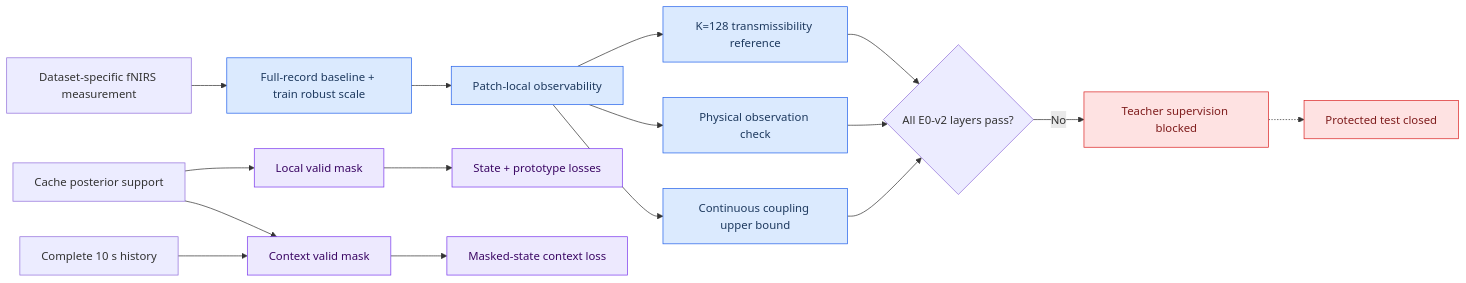
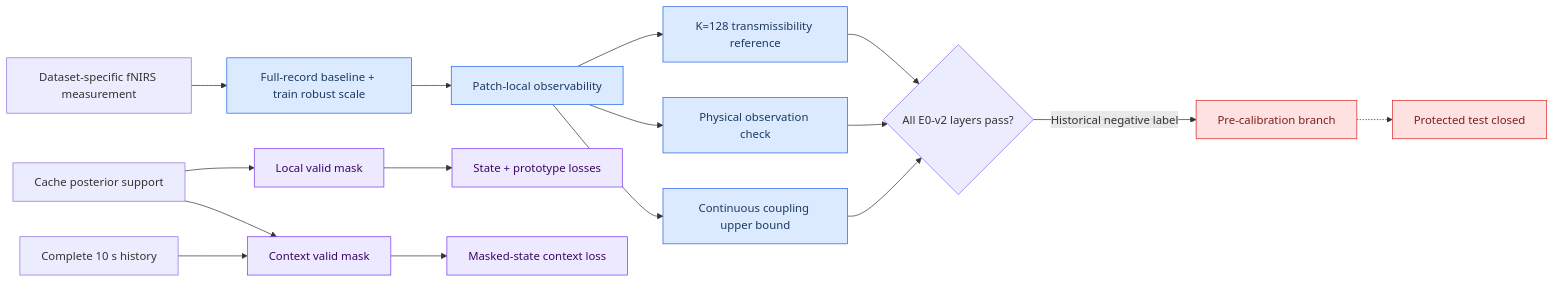
One commit to Kevin65536/PID-MCM changed the diagram in docs/architecture_changelog/2026-07-03_e0_v2_teacher_information_contract.md. Above: the diagram before and after it, drawn with Mermaid. The commit also changed other lines of this file and 30 other files, not shown here.

````diff
--- a/docs/architecture_changelog/2026-07-03_e0_v2_teacher_information_contract.md
+++ b/docs/architecture_changelog/2026-07-03_e0_v2_teacher_information_contract.md
@@ -13,28 +13,28 @@
 ```mermaid
 flowchart LR
     accTitle: E0-v2 teacher information routing
     accDescr: Dataset measurements are transformed by versioned adapters. Cache validity controls local targets, while cache and causal validity jointly control context targets. Every information layer is numerically and visually audited before the protected test.
 
     raw["Dataset-specific fNIRS measurement"] --> adapter["Full-record baseline + train robust scale"]
     adapter --> local["Patch-local observability"]
     cache["Cache posterior support"] --> localMask["Local valid mask"]
     cache --> contextMask["Context valid mask"]
     causal["Complete 10 s history"] --> contextMask
     localMask --> stateLoss["State + prototype losses"]
     contextMask --> contextLoss["Masked-state context loss"]
     local --> vocab["K=128 transmissibility reference"]
     local --> physical["Physical observation check"]
     local --> coupling["Continuous coupling upper bound"]
     vocab --> decision{"All E0-v2 layers pass?"}
     physical --> decision
     coupling --> decision
-    decision -->|No| blocked["Teacher supervision blocked"]
+    decision -->|Historical negative label| blocked["Pre-calibration branch"]
     blocked -.-> protected["Protected test closed"]
 
     classDef data fill:#dbeafe,stroke:#2563eb,color:#1e3a5f
     classDef training fill:#ede9fe,stroke:#7c3aed,color:#3b0764
     classDef blockedStyle fill:#fee2e2,stroke:#dc2626,color:#7f1d1d
     class adapter,local,vocab,physical,coupling data
     class localMask,contextMask,stateLoss,contextLoss training
     class blocked,protected blockedStyle
 ```
````
